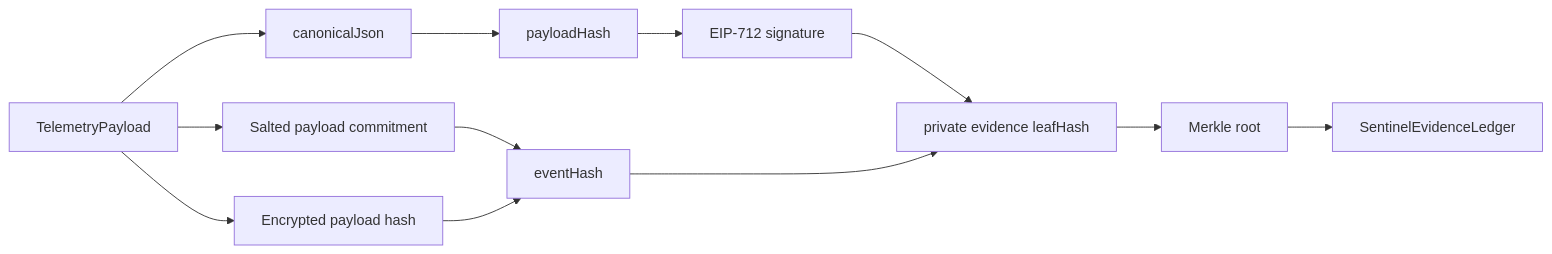
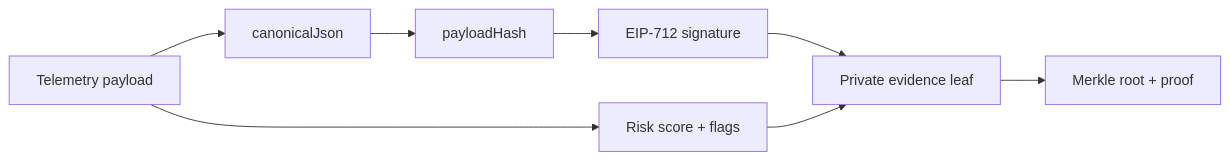
The first of 2 diagrams in packages/shared/README.md (roshaninfordham/monad-sentinel), drawn with Mermaid before and after one commit. The commit also changed other lines of this file and 22 other files, not shown here.

Commit message:
docs: refresh architecture docs and screenshots

````diff
--- a/packages/shared/README.md
+++ b/packages/shared/README.md
@@ -19,14 +21,16 @@
 ```mermaid
 flowchart LR
-  Payload[TelemetryPayload] --> Canonical[canonicalJson]
-  Canonical --> PayloadHash[payloadHash]
-  PayloadHash --> Signature[EIP-712 signature]
-  Payload --> Commitment[Salted payload commitment]
-  Payload --> Cipher[Encrypted payload hash]
-  Commitment --> EventHash[eventHash]
-  Cipher --> EventHash
-  Signature --> Leaf[private evidence leafHash]
-  EventHash --> Leaf
-  Leaf --> Root[Merkle root]
-  Root --> Monad[SentinelEvidenceLedger]
+  Payload[Telemetry payload]
+  Canon[canonicalJson]
+  Hash[payloadHash]
+  Signature[EIP-712 signature]
+  Risk[Risk score + flags]
+  Leaf[Private evidence leaf]
+  Merkle[Merkle root + proof]
+
+  Payload --> Canon --> Hash --> Signature
+  Payload --> Risk
+  Signature --> Leaf
+  Risk --> Leaf
+  Leaf --> Merkle
 ```
````
